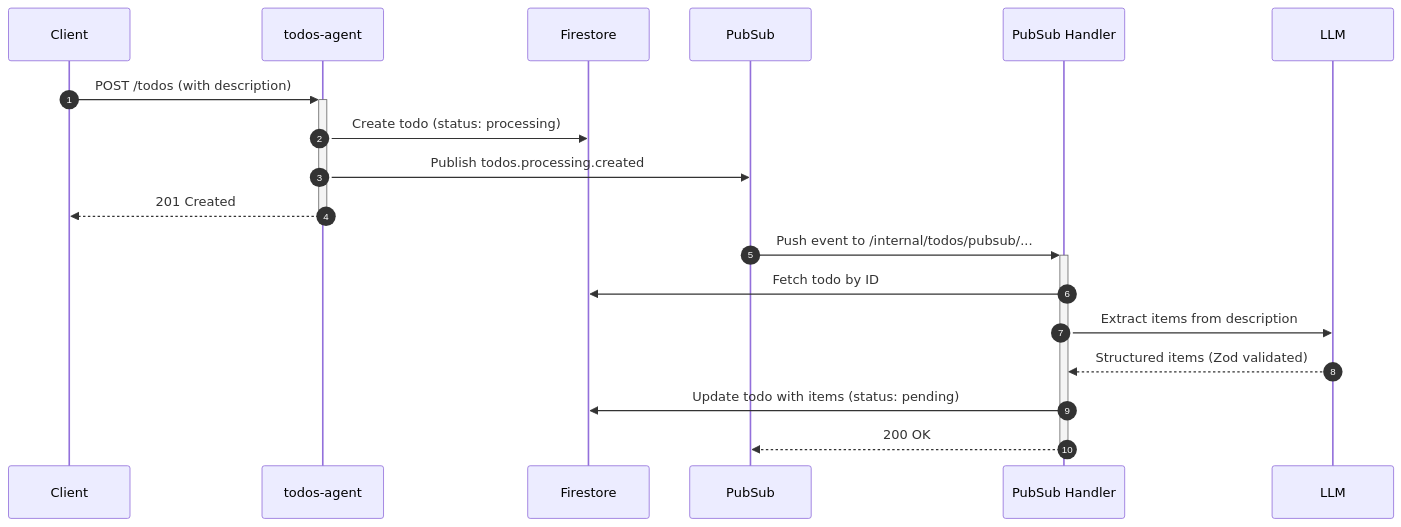
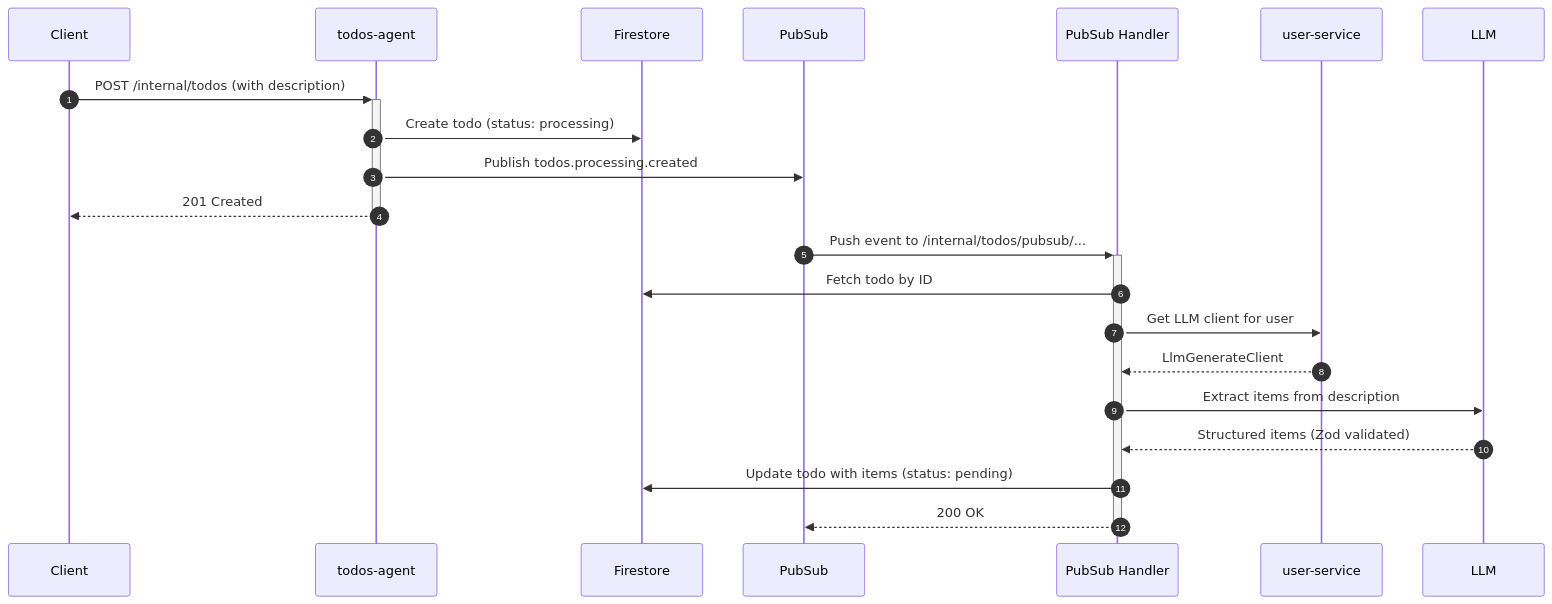
One commit to pbuchman/intexuraos changed the second of 2 diagrams in docs/services/todos-agent/technical.md. Above: the diagram before and after it, drawn with Mermaid. The commit also changed other lines of this file and 102 other files, not shown here.

````diff
--- a/docs/services/todos-agent/technical.md
+++ b/docs/services/todos-agent/technical.md
@@ -47,22 +49,25 @@
 ```mermaid
 sequenceDiagram
     autonumber
     participant Client
     participant API as todos-agent
     participant Firestore
     participant PubSub
     participant Worker as PubSub Handler
+    participant UserSvc as user-service
     participant LLM
 
-    Client->>+API: POST /todos (with description)
+    Client->>+API: POST /internal/todos (with description)
     API->>Firestore: Create todo (status: processing)
     API->>PubSub: Publish todos.processing.created
     API-->>-Client: 201 Created
 
     PubSub->>+Worker: Push event to /internal/todos/pubsub/...
     Worker->>Firestore: Fetch todo by ID
+    Worker->>UserSvc: Get LLM client for user
+    UserSvc-->>Worker: LlmGenerateClient
     Worker->>LLM: Extract items from description
     LLM-->>Worker: Structured items (Zod validated)
     Worker->>Firestore: Update todo with items (status: pending)
     Worker-->>-PubSub: 200 OK
 ```
````
